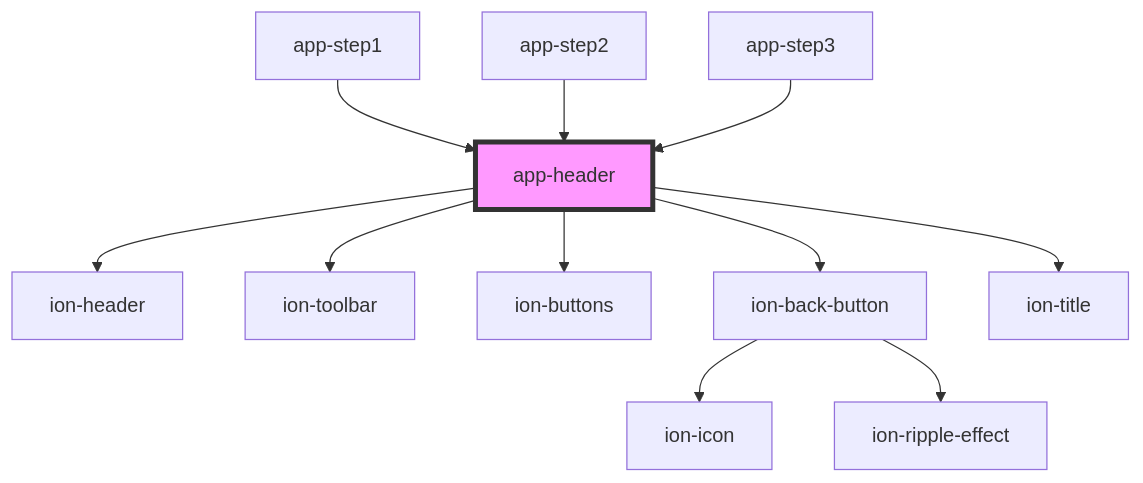
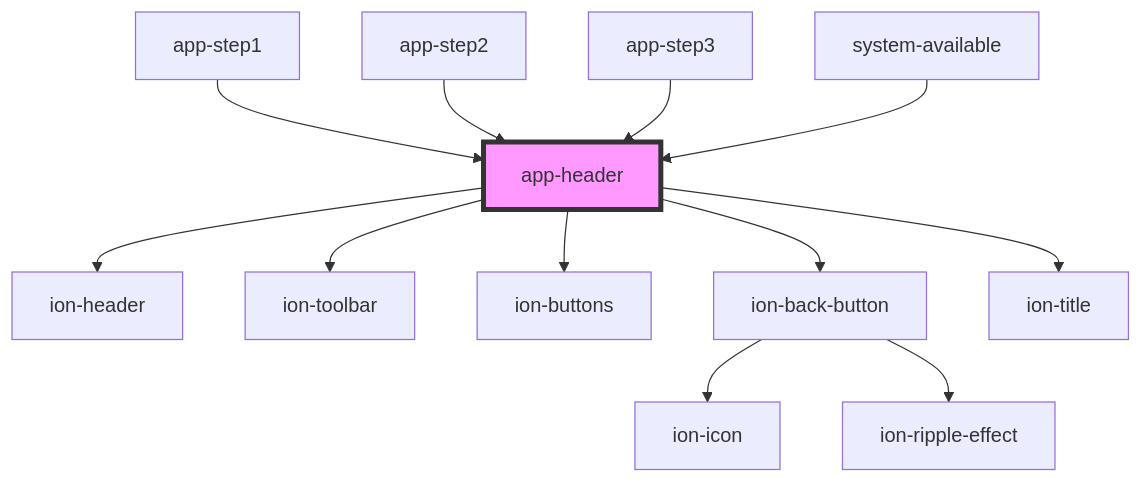
One commit to cuenca-mx/cuenca-shipping changed the diagram in src/components/app-header/readme.md. Above: the diagram before and after it, drawn with Mermaid. The commit also changed other lines of this file and 2 other files, not shown here.

Commit message:
publish new version of package

````diff
--- a/src/components/app-header/readme.md
+++ b/src/components/app-header/readme.md
@@ -33,14 +34,15 @@
 ```mermaid
 graph TD;
   app-header --> ion-header
   app-header --> ion-toolbar
   app-header --> ion-buttons
   app-header --> ion-back-button
   app-header --> ion-title
   ion-back-button --> ion-icon
   ion-back-button --> ion-ripple-effect
   app-step1 --> app-header
   app-step2 --> app-header
   app-step3 --> app-header
+  system-available --> app-header
   style app-header fill:#f9f,stroke:#333,stroke-width:4px
 ```
````
